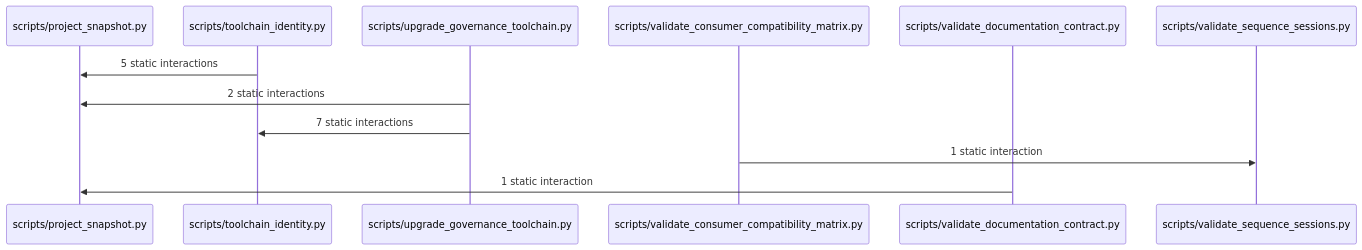
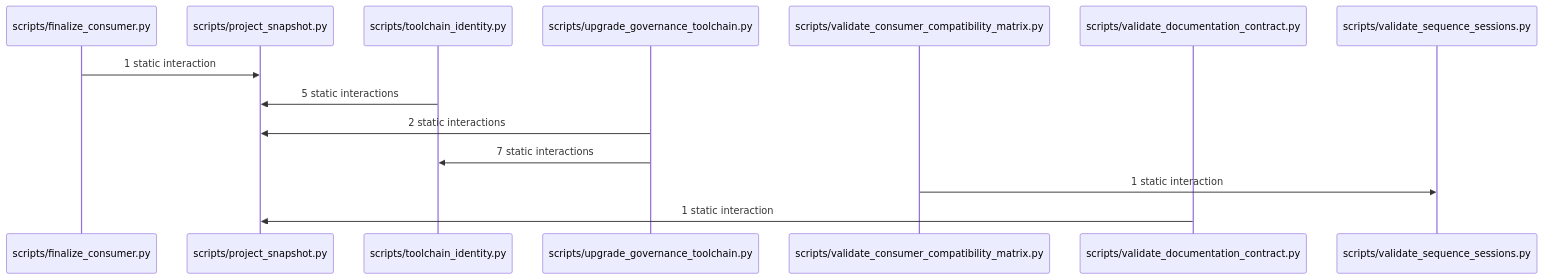
The diagram in docs/sequence/generated/SW2-23-GOVERNANCE.human.mmd (maxqstudio/Skill_Workflow), drawn with Mermaid before and after one commit. The commit also changed 15 other files, not shown here.

Commit message:
SW2-23: synchronize helper-free source digest and consumer sequence

```diff
--- a/docs/sequence/generated/SW2-23-GOVERNANCE.human.mmd
+++ b/docs/sequence/generated/SW2-23-GOVERNANCE.human.mmd
@@ -1,16 +1,18 @@
 %% GENERATED FILE - DO NOT EDIT
-%% SOURCE_DIGEST: 614d874a8c3ffa920ee00575f22b4210009a7d3352ea3fb90706028fab49c5ef
+%% SOURCE_DIGEST: 6e399e829895d8a23f07c4e44ef2e75245bdb8ac9099ddd8e3baf9f8cbfe9f8e
 %% POLICY_ID: module-collapse-v1
 %% GENERATED_BY: sequence_human_view.py
 sequenceDiagram
-    participant module_scripts_project_snapshot_py_0 as scripts/project_snapshot.py
-    participant module_scripts_toolchain_identity_py_1 as scripts/toolchain_identity.py
-    participant module_scripts_upgrade_governance_toolchain_py_2 as scripts/upgrade_governance_toolchain.py
-    participant module_scripts_validate_consumer_compatibility_matrix_py_3 as scripts/validate_consumer_compatibility_matrix.py
-    participant module_scripts_validate_documentation_contract_py_4 as scripts/validate_documentation_contract.py
-    participant module_scripts_validate_sequence_sessions_py_5 as scripts/validate_sequence_sessions.py
-    module_scripts_toolchain_identity_py_1->>module_scripts_project_snapshot_py_0: 5 static interactions
-    module_scripts_upgrade_governance_toolchain_py_2->>module_scripts_project_snapshot_py_0: 2 static interactions
-    module_scripts_upgrade_governance_toolchain_py_2->>module_scripts_toolchain_identity_py_1: 7 static interactions
-    module_scripts_validate_consumer_compatibility_matrix_py_3->>module_scripts_validate_sequence_sessions_py_5: 1 static interaction
-    module_scripts_validate_documentation_contract_py_4->>module_scripts_project_snapshot_py_0: 1 static interaction
+    participant module_scripts_finalize_consumer_py_0 as scripts/finalize_consumer.py
+    participant module_scripts_project_snapshot_py_1 as scripts/project_snapshot.py
+    participant module_scripts_toolchain_identity_py_2 as scripts/toolchain_identity.py
+    participant module_scripts_upgrade_governance_toolchain_py_3 as scripts/upgrade_governance_toolchain.py
+    participant module_scripts_validate_consumer_compatibility_matrix_py_4 as scripts/validate_consumer_compatibility_matrix.py
+    participant module_scripts_validate_documentation_contract_py_5 as scripts/validate_documentation_contract.py
+    participant module_scripts_validate_sequence_sessions_py_6 as scripts/validate_sequence_sessions.py
+    module_scripts_finalize_consumer_py_0->>module_scripts_project_snapshot_py_1: 1 static interaction
+    module_scripts_toolchain_identity_py_2->>module_scripts_project_snapshot_py_1: 5 static interactions
+    module_scripts_upgrade_governance_toolchain_py_3->>module_scripts_project_snapshot_py_1: 2 static interactions
+    module_scripts_upgrade_governance_toolchain_py_3->>module_scripts_toolchain_identity_py_2: 7 static interactions
+    module_scripts_validate_consumer_compatibility_matrix_py_4->>module_scripts_validate_sequence_sessions_py_6: 1 static interaction
+    module_scripts_validate_documentation_contract_py_5->>module_scripts_project_snapshot_py_1: 1 static interaction
```
